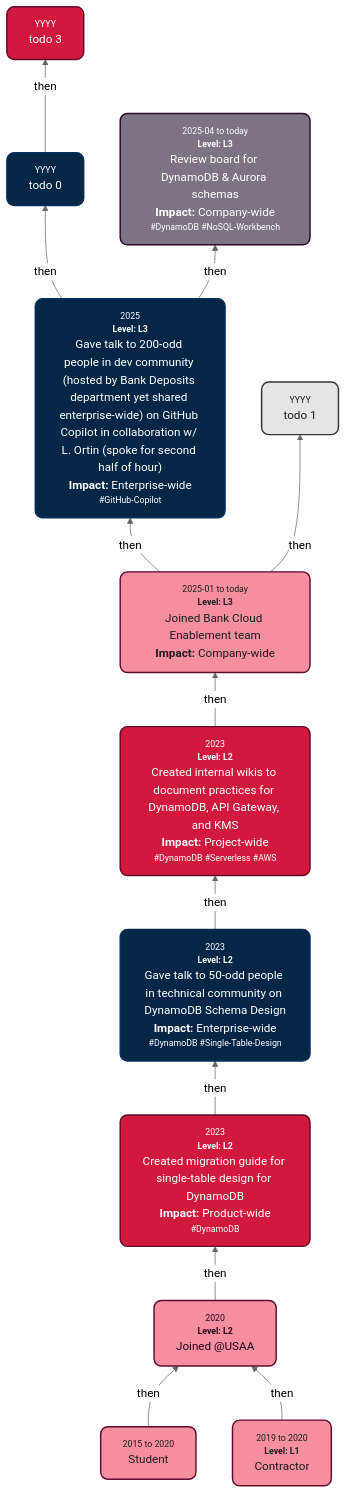
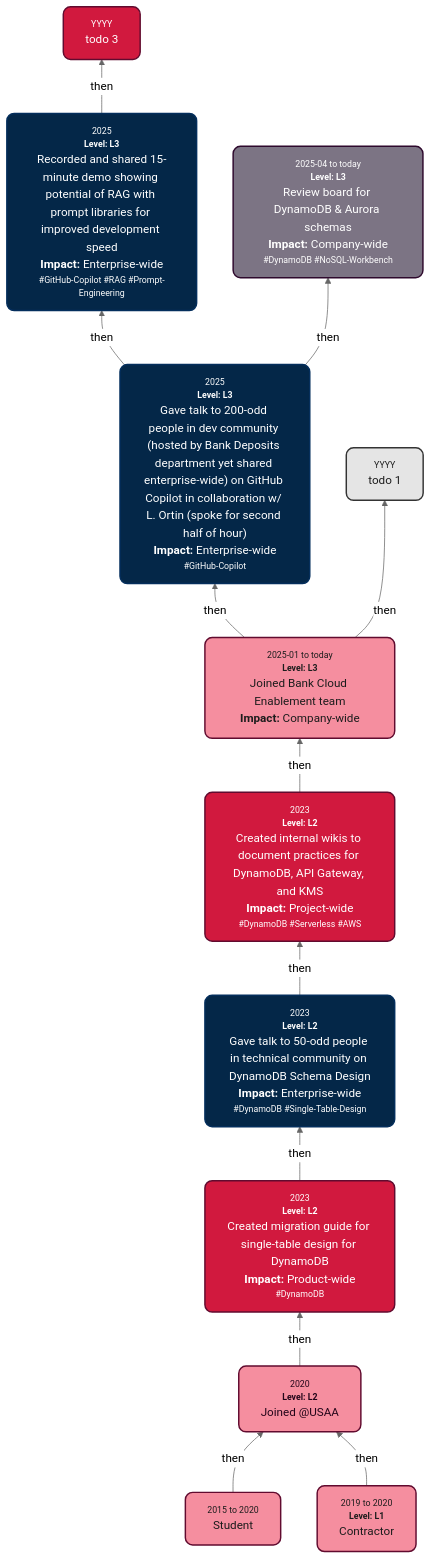
Before and after one commit to s-sepanski/portfolio: the diagram in README.md, drawn with Mermaid (neutral theme).

Commit message:
task: add node

````diff
--- a/README.md
+++ b/README.md
@@ -39,28 +39,28 @@
 ```mermaid
 graph BT
     PreStudentNode["<div style='font-size:75%;  color:#848484; text-align:center;'>2015 to 2020</div>Student"] -->|then| A["<div style='font-size:75%; color:#848484; text-align:center;'>2020</div><div style='font-size:75%; color:#848484; text-align:center;'><b>Level: L2</b><br/></div>Joined @USAA<br>"]
     ContractorNode["<div style='font-size:75%; color:#848484; text-align:center;'>2019 to 2020</div><div style='font-size:75%; color:#848484; text-align:center;'><b>Level: L1</b></div>Contractor"] -->|then| A
     A -->|then| Creation1["<div style='font-size:75%; color:#848484; text-align:center;'>2023</div><div style='font-size:75%; color:#848484; text-align:center;'><b>Level: L2</b><br/></div>Created migration guide for single-table design for DynamoDB<br/><b>Impact: </b>Product-wide<div style='font-size:75%; color:#848484; text-align:center;'>#DynamoDB<br/></div>"]
     Creation1 -->|then| Chat["<div style='font-size:75%; color:#848484; text-align:center;'>2023</div><div style='font-size:75%; color:#848484; text-align:center;'><b>Level: L2</b><br/></div>Gave talk to 50-odd people in technical community on DynamoDB Schema Design<br/><b>Impact: </b>Enterprise-wide<div style='font-size:75%; color:#848484; text-align:center;'>#DynamoDB #Single-Table-Design<br/></div>"]
     Chat -->|then| Creation2["<div style='font-size:75%; color:#848484; text-align:center;'>2023</div><div style='font-size:75%; color:#848484; text-align:center;'><b>Level: L2</b><br/></div>Created internal wikis to document practices for DynamoDB, API Gateway, and KMS<br/><b>Impact: </b>Project-wide<div style='font-size:75%; color:#848484; text-align:center;'>#DynamoDB #Serverless #AWS<br/></div>"]
     Creation2 -->|then| B["<div style='font-size:75%; color:#848484; text-align:center;'>2025-01 to today</div><div style='font-size:75%; color:#848484; text-align:center;'><b>Level: L3</b><br/></div>Joined Bank Cloud Enablement team<br/><b>Impact: </b>Company-wide"]
     B -->|then| C["<div style='font-size:75%; color:#848484; text-align:center;'>2025</div><div style='font-size:75%; color:#848484; text-align:center;'><b>Level: L3</b><br/></div>Gave talk to 200-odd people in dev community (hosted by Bank Deposits department yet shared enterprise-wide) on GitHub Copilot in collaboration w/ L. Ortin (spoke for second half of hour)<br/><b>Impact: </b>Enterprise-wide<div style='font-size:75%; color:#848484; text-align:center;'>#GitHub-Copilot<br/></div>"]
-    C -->|then| D["<div style='font-size:75%; color:#848484; text-align:center;'>YYYY</div>todo 0"]
+    C -->|then| D["<div style='font-size:75%; color:#848484; text-align:center;'>2025</div><div style='font-size:75%; color:#848484; text-align:center;'><b>Level: L3</b><br/></div>Recorded and shared 15-minute demo showing potential of RAG with prompt libraries for improved development speed<br/><b>Impact: </b>Enterprise-wide<div style='font-size:75%; color:#848484; text-align:center;'>#GitHub-Copilot #RAG #Prompt-Engineering<br/></div>"]
     B -->|then| E["<div style='font-size:75%; color:#848484; text-align:center;'>YYYY</div>todo 1"]
     C -->|then| F["<div style='font-size:75%; color:#848484; text-align:center;'>2025-04 to today</div><div style='font-size:75%; color:#848484; text-align:center;'><b>Level: L3</b><br/></div>Review board for DynamoDB & Aurora schemas<br/><b>Impact: </b>Company-wide<div style='font-size:75%; color:#848484; text-align:center;'>#DynamoDB #NoSQL-Workbench<br/></div>"]
     D -->|then| G["<div style='font-size:75%; color:#848484; text-align:center;'>YYYY</div>todo 3"]
     style PreStudentNode fill:#f58e9f,stroke:#610b2f,stroke-width:2px,color:#1c1c1c
     style ContractorNode fill:#f58e9f,stroke:#610b2f,stroke-width:2px,color:#1c1c1c
     style A fill:#f58e9f,stroke:#610b2f,stroke-width:2px,color:#230519
     style Creation1 fill:#d1193e,stroke:#610b2f,stroke-width:2px,color:#FFFFFF
     style Chat fill:#042748,stroke:#042e5c,stroke-width:2px,color:#FFFFFF
     style Creation2 fill:#d1193e,stroke:#610b2f,stroke-width:2px,color:#FFFFFF
     style B fill:#f58e9f,stroke:#610b2f,stroke-width:2px,color:#1c1c1c
     style C fill:#042748,stroke:#042e5c,stroke-width:2px,color:#FFFFFF
     style D fill:#042748,stroke:#042e5c,stroke-width:2px,color:#FFFFFF
     style E fill:#e5e5e5,stroke:#343434,stroke-width:2px,color:#1c1c1c
     style F fill:#7c7484,stroke:#2e092d,stroke-width:2px,color:#FFFFFF
     style G fill:#d1193e,stroke:#610b2f,stroke-width:2px,color:#FFFFFF
     classDef rounded stroke-width:2px,rx:10,ry:10;
     class PreStudentNode,ContractorNode,A,Creation1,Chat,Creation2,B,C,D,E,F,G rounded;
 ```
````
